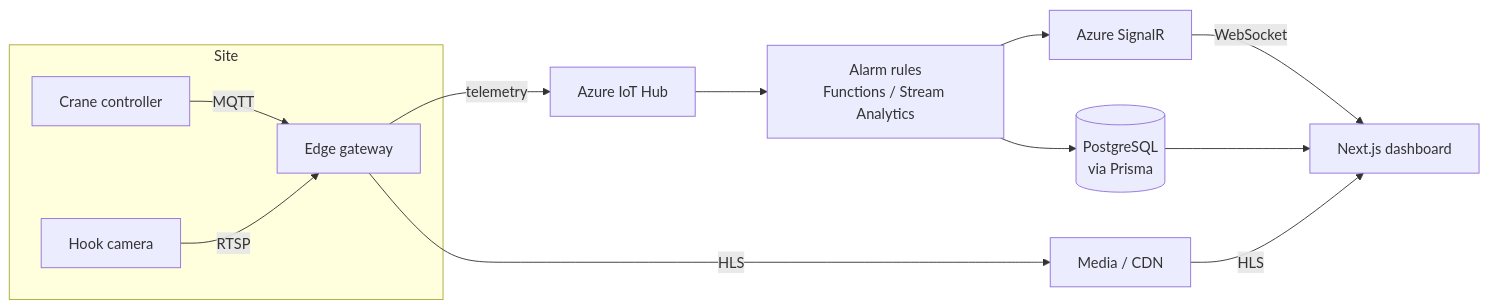
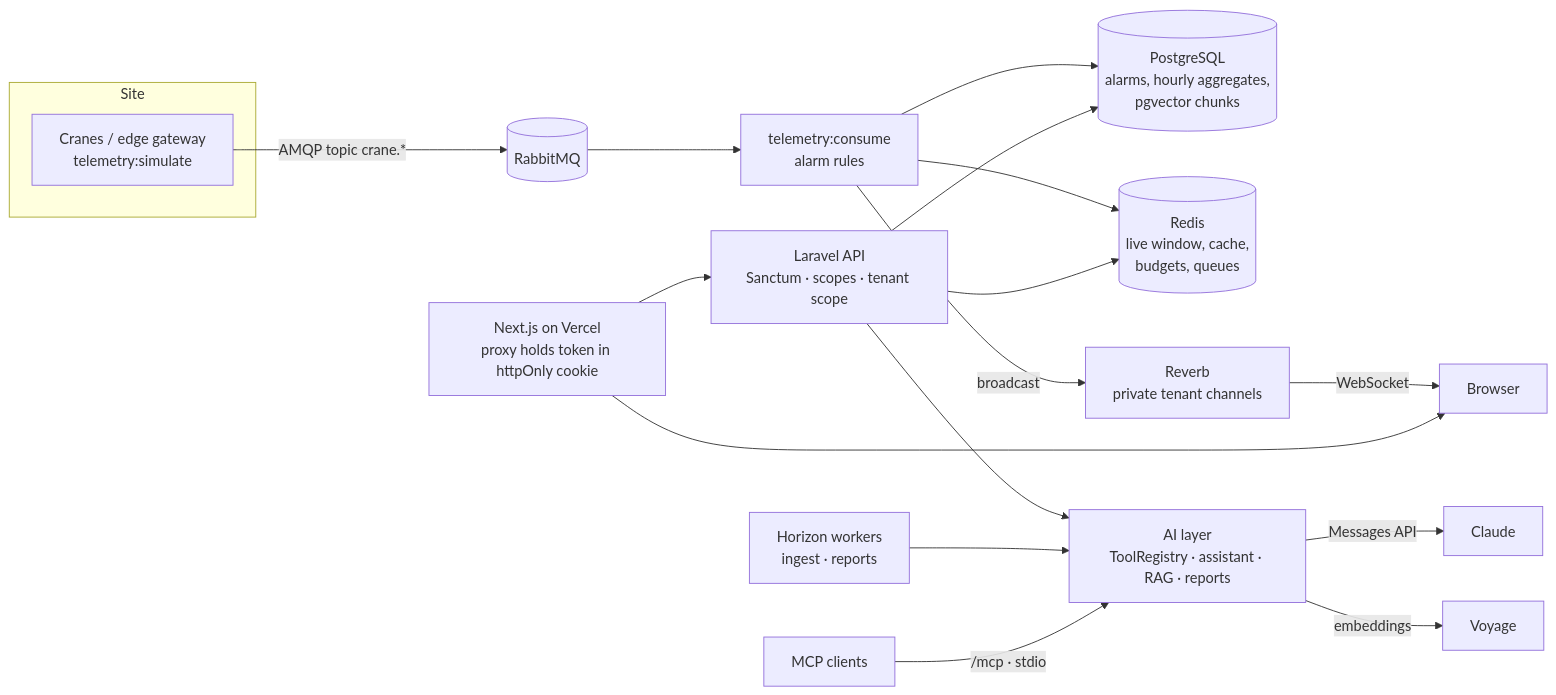
The diagram in README.md (oRLex/crane-monitor), drawn with Mermaid before and after one commit. The commit also changed other lines of this file and 75 other files, not shown here.

First line of the commit message:
Move the web app onto the Laravel API, add AI UI, CI and docs

````diff
--- a/README.md
+++ b/README.md
@@ -58,15 +78,20 @@
 ```mermaid
 flowchart LR
   subgraph Site
-    C[Crane controller] -->|MQTT| GW[Edge gateway]
-    CAM[Hook camera] -->|RTSP| GW
+    SIM[Cranes / edge gateway<br/>telemetry:simulate]
   end
-  GW -->|telemetry| IOT[Azure IoT Hub]
-  GW -->|HLS| MED[Media / CDN]
-  IOT --> FN[Alarm rules<br/>Functions / Stream Analytics]
-  FN --> SR[Azure SignalR]
-  FN --> DB[(PostgreSQL<br/>via Prisma)]
-  SR -->|WebSocket| UI[Next.js dashboard]
-  MED -->|HLS| UI
-  DB --> UI
+  SIM -->|AMQP topic crane.*| MQ[(RabbitMQ)]
+  MQ --> CON[telemetry:consume<br/>alarm rules]
+  CON --> PG[(PostgreSQL<br/>alarms, hourly aggregates,<br/>pgvector chunks)]
+  CON --> RD[(Redis<br/>live window, cache,<br/>budgets, queues)]
+  CON -->|broadcast| RV[Reverb<br/>private tenant channels]
+  API[Laravel API<br/>Sanctum · scopes · tenant scope] --> PG & RD
+  API --> AI[AI layer<br/>ToolRegistry · assistant · RAG · reports]
+  AI -->|Messages API| CL[Claude]
+  AI -->|embeddings| VO[Voyage]
+  HZ[Horizon workers<br/>ingest · reports] --> AI
+  MCP[MCP clients] -->|/mcp · stdio| AI
+  WEB[Next.js on Vercel<br/>proxy holds token in httpOnly cookie] --> API
+  RV -->|WebSocket| BR[Browser]
+  WEB --> BR
 ```
````
